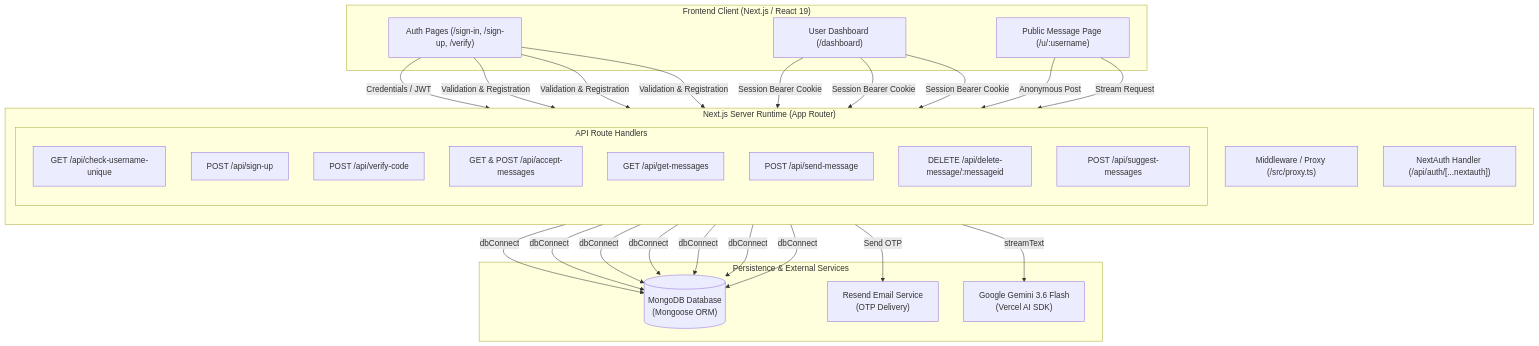
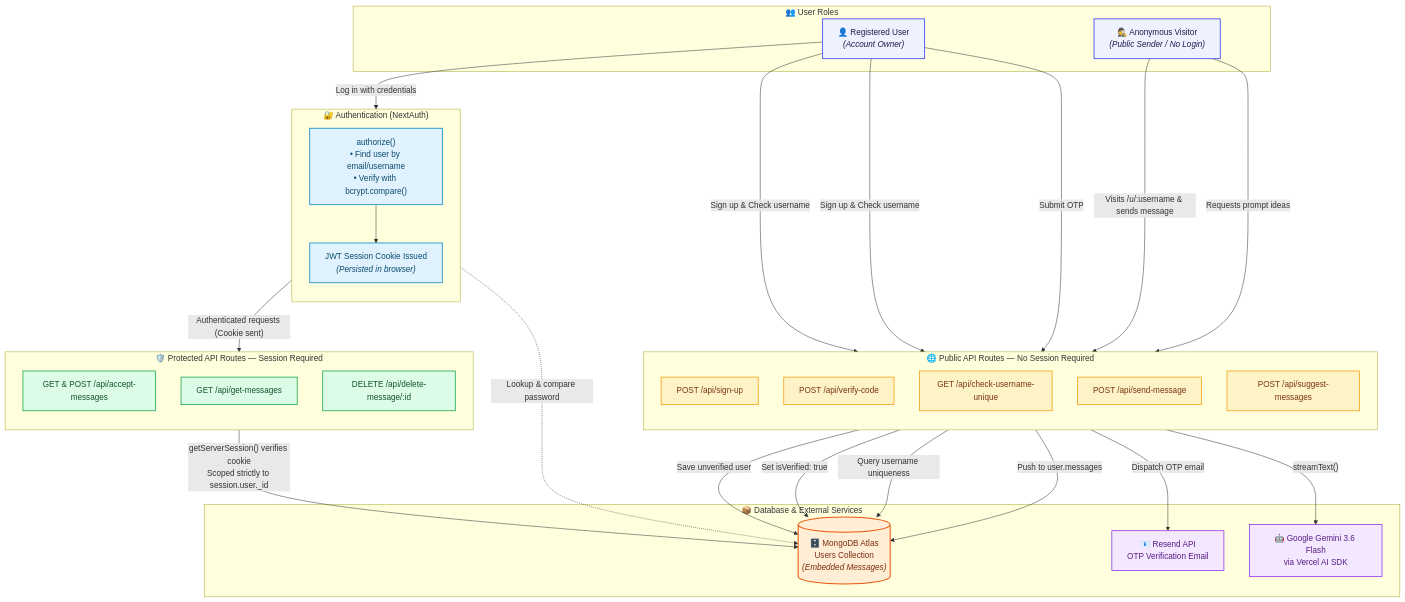
Before and after one commit to Hitesh-85/RealTalk-AI: the first of 4 diagrams in README.md, drawn with Mermaid. The commit also changed other lines of this file, not shown here.

````diff
--- a/README.md
+++ b/README.md
@@ -64,43 +62,75 @@
 ```mermaid
 flowchart TD
-    subgraph Client["Frontend Client (Next.js / React 19)"]
-        UI_Dash["User Dashboard (/dashboard)"]
-        UI_Public["Public Message Page (/u/:username)"]
-        UI_Auth["Auth Pages (/sign-in, /sign-up, /verify)"]
+    %% Actor Nodes
+    subgraph Actors["👥 User Roles"]
+        A1["👤 Registered User<br/><i>(Account Owner)</i>"]
+        A2["🕵️ Anonymous Visitor<br/><i>(Public Sender / No Login)</i>"]
     end
 
-    subgraph AppRouter["Next.js Server Runtime (App Router)"]
+    %% Application API Routes
+    subgraph Public["🌐 Public API Routes — No Session Required"]
         direction TB
-        MW["Middleware / Proxy (/src/proxy.ts)"]
-        AuthHandler["NextAuth Handler (/api/auth/[...nextauth])"]
-        
-        subgraph Endpoints["API Route Handlers"]
-            API_UserCheck["GET /api/check-username-unique"]
-            API_SignUp["POST /api/sign-up"]
-            API_Verify["POST /api/verify-code"]
-            API_Accept["GET & POST /api/accept-messages"]
-            API_GetMsgs["GET /api/get-messages"]
-            API_SendMsg["POST /api/send-message"]
-            API_DelMsg["DELETE /api/delete-message/:messageid"]
-            API_AI["POST /api/suggest-messages"]
-        end
+        P1["POST /api/sign-up"]
+        P2["POST /api/verify-code"]
+        P3["GET /api/check-username-unique"]
+        P4["POST /api/send-message"]
+        P5["POST /api/suggest-messages"]
     end
 
-    subgraph DataServices["Persistence & External Services"]
-        MongoDB[("MongoDB Database\n(Mongoose ORM)")]
-        ResendAPI["Resend Email Service\n(OTP Delivery)"]
-        GeminiAPI["Google Gemini 3.6 Flash\n(Vercel AI SDK)"]
+    subgraph AuthFlow["🔐 Authentication (NextAuth)"]
+        direction TB
+        L1["authorize()<br/>• Find user by email/username<br/>• Verify with bcrypt.compare()"]
+        L2["JWT Session Cookie Issued<br/><i>(Persisted in browser)</i>"]
+        L1 --> L2
     end
 
-    %% Client to App Router
-    UI_Auth -->|Credentials / JWT| AuthHandler
-    UI_Auth -->|Validation & Registration| API_UserCheck & API_SignUp & API_Verify
-    UI_Dash -->|Session Bearer Cookie| API_Accept & API_GetMsgs & API_DelMsg
-    UI_Public -->|Anonymous Post| API_SendMsg
-    UI_Public -->|Stream Request| API_AI
+    subgraph Protected["🛡️ Protected API Routes — Session Required"]
+        direction TB
+        S1["GET & POST /api/accept-messages"]
+        S2["GET /api/get-messages"]
+        S3["DELETE /api/delete-message/:id"]
+    end
 
-    %% App Router to External
-    API_SignUp -->|Send OTP| ResendAPI
-    API_AI -->|streamText| GeminiAPI
-    AuthHandler & API_SignUp & API_Verify & API_Accept & API_GetMsgs & API_SendMsg & API_DelMsg -->|dbConnect| MongoDB
+    %% Data & External Services
+    subgraph External["📦 Database & External Services"]
+        DB[("🗄️ MongoDB Atlas<br/>Users Collection<br/><i>(Embedded Messages)</i>")]
+        Resend["📧 Resend API<br/>OTP Verification Email"]
+        Gemini["🤖 Google Gemini 3.6 Flash<br/>via Vercel AI SDK"]
+    end
+
+    %% Flows for Registered User
+    A1 -->|"Sign up & Check username"| P1 & P3
+    A1 -->|"Submit OTP"| P2
+    P1 -->|"Dispatch OTP email"| Resend
+    P1 -->|"Save unverified user"| DB
+    P2 -->|"Set isVerified: true"| DB
+    P3 -->|"Query username uniqueness"| DB
+
+    A1 -->|"Log in with credentials"| L1
+    L1 -.->|"Lookup & compare password"| DB
+    L2 -->|"Authenticated requests (Cookie sent)"| Protected
+
+    Protected -->|"getServerSession() verifies cookie<br/>Scoped strictly to session.user._id"| DB
+
+    %% Flows for Anonymous Visitor
+    A2 -->|"Visits /u/:username & sends message"| P4
+    P4 -->|"Push to user.messages"| DB
+
+    A2 -->|"Requests prompt ideas"| P5
+    P5 -->|"streamText()"| Gemini
+
+    %% Visual Styling Classes
+    classDef actor fill:#EEF2FF,stroke:#6366F1,stroke-width:2px,color:#1E1B4B;
+    classDef public fill:#FEF3C7,stroke:#F59E0B,stroke-width:1.5px,color:#78350F;
+    classDef auth fill:#E0F2FE,stroke:#0284C7,stroke-width:1.5px,color:#0C4A6E;
+    classDef protected fill:#DCFCE7,stroke:#16A34A,stroke-width:1.5px,color:#14532D;
+    classDef db fill:#FFEDD5,stroke:#EA580C,stroke-width:2px,color:#7C2D12;
+    classDef service fill:#F3E8FF,stroke:#9333EA,stroke-width:1.5px,color:#581C87;
+
+    class A1,A2 actor;
+    class P1,P2,P3,P4,P5 public;
+    class L1,L2 auth;
+    class S1,S2,S3 protected;
+    class DB db;
+    class Resend,Gemini service;
 ```
````
